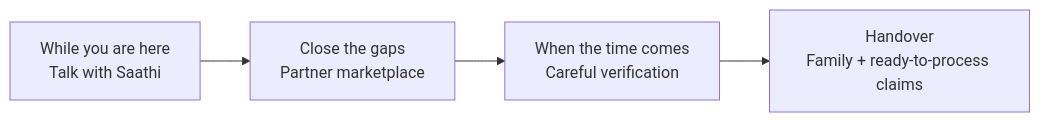
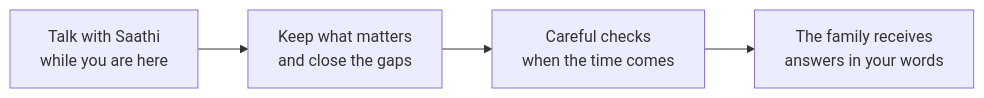
The diagram in docs/concept.md (sachiachar/anvaya), drawn with Mermaid before and after one commit. The commit also changed other lines of this file and 2 other files, not shown here.

````diff
--- a/docs/concept.md
+++ b/docs/concept.md
@@ -91,6 +29,6 @@
 ```mermaid
 flowchart LR
-    A["While you are here<br/>Talk with Saathi"] --> B["Close the gaps<br/>Partner marketplace"]
-    B --> C["When the time comes<br/>Careful verification"]
-    C --> D["Handover<br/>Family + ready-to-process claims"]
+    A["Talk with Saathi<br/>while you are here"] --> B["Keep what matters<br/>and close the gaps"]
+    B --> C["Careful checks<br/>when the time comes"]
+    C --> D["The family receives<br/>answers in your words"]
 ```
````
